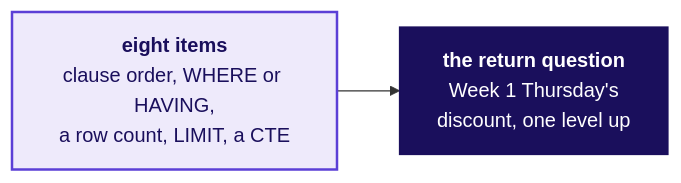
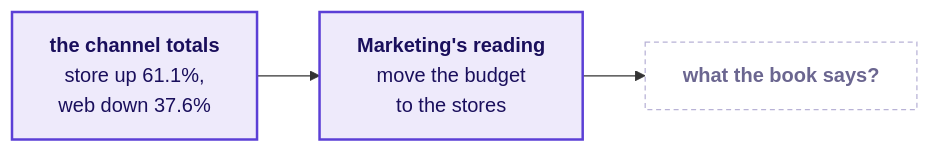
The sixth of 8 diagrams in content/W02/D1/slides/C2_W02_D01_half2_STUDENT.md (fde-academy-lab/c2-content-factory), drawn with Mermaid before and after one commit. The commit also changed other lines of this file and 5 other files, not shown here.

````diff
--- a/content/W02/D1/slides/C2_W02_D01_half2_STUDENT.md
+++ b/content/W02/D1/slides/C2_W02_D01_half2_STUDENT.md
@@ -483,8 +475,8 @@
 ```mermaid
 flowchart LR
-    Q["<b>eight items</b><br/>clause order, WHERE or HAVING,<br/>a row count, LIMIT, a CTE"] --> R["<b>the return question</b><br/>Week 1 Thursday's<br/>discount, one level up"]
+    T["<b>the channel totals</b><br/>store up 61.1%,<br/>web down 37.6%"] --> M["<b>Marketing's reading</b><br/>move the budget<br/>to the stores"] --> Q["<b>what the book says?</b>"]
     classDef known fill:#EEEAFB,stroke:#5B3FD6,color:#1A0F5C,stroke-width:2px
-    classDef bet fill:#1A0F5C,stroke:#1A0F5C,color:#FFFFFF
-    class Q known
-    class R bet
+    classDef unknown fill:#FFFFFF,stroke:#B8B2D6,color:#6B6690,stroke-dasharray:4 3
+    class T,M known
+    class Q unknown
 ```
````
